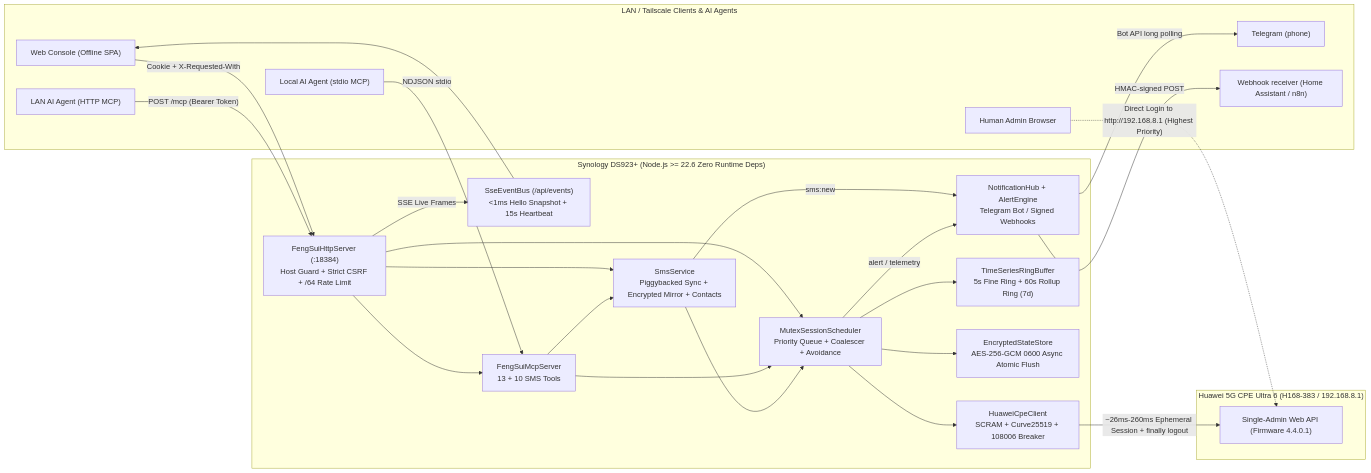
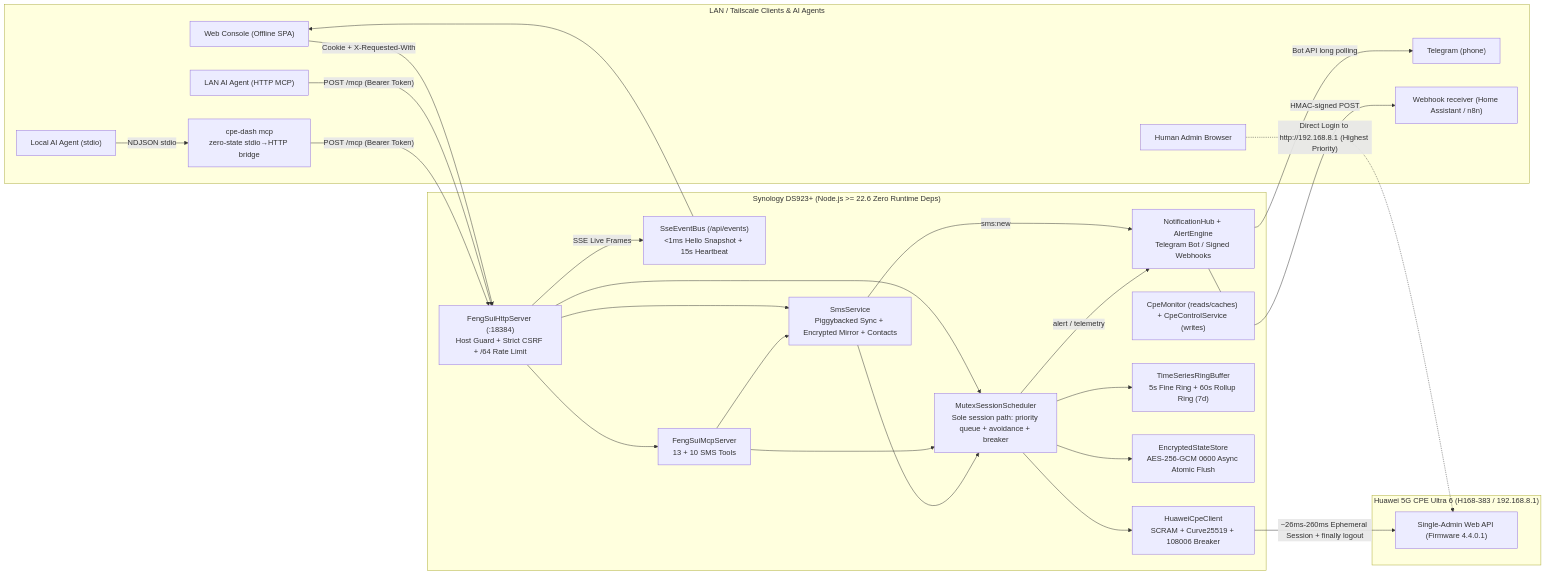
Before and after one commit to cky008/cpe-dash: the first of 2 diagrams in README_EN.md, drawn with Mermaid. The commit also changed other lines of this file and 2 other files, not shown here.

First line of the commit message:
docs(readme): document the stdio bridge, MCP_DAEMON_URL and TZ

````diff
--- a/README_EN.md
+++ b/README_EN.md
@@ -66,48 +66,51 @@
 ```mermaid
 flowchart LR
   subgraph Clients["LAN / Tailscale Clients & AI Agents"]
     Browser["Web Console (Offline SPA)"]
     AgentHttp["LAN AI Agent (HTTP MCP)"]
-    AgentStdio["Local AI Agent (stdio MCP)"]
+    AgentStdio["Local AI Agent (stdio)"]
+    Bridge["cpe-dash mcp\nzero-state stdio→HTTP bridge"]
     HumanWeb["Human Admin Browser"]
     TgUser["Telegram (phone)"]
     Hook["Webhook receiver (Home Assistant / n8n)"]
   end
 
   subgraph NAS["Synology DS923+ (Node.js >= 22.6 Zero Runtime Deps)"]
     HttpSrv["FengSuiHttpServer (:18384)\nHost Guard + Strict CSRF + /64 Rate Limit"]
     SseBus["SseEventBus (/api/events)\n<1ms Hello Snapshot + 15s Heartbeat"]
     McpSrv["FengSuiMcpServer\n13 + 10 SMS Tools"]
     Sms["SmsService\nPiggybacked Sync + Encrypted Mirror + Contacts"]
     Notify["NotificationHub + AlertEngine\nTelegram Bot / Signed Webhooks"]
-    Sched["MutexSessionScheduler\nPriority Queue + Coalescer + Avoidance"]
+    Core["CpeMonitor (reads/caches) + CpeControlService (writes)"]
+    Sched["MutexSessionScheduler\nSole session path: priority queue + avoidance + breaker"]
     Ring["TimeSeriesRingBuffer\n5s Fine Ring + 60s Rollup Ring (7d)"]
     Store["EncryptedStateStore\nAES-256-GCM 0600 Async Atomic Flush"]
     Client["HuaweiCpeClient\nSCRAM + Curve25519 + 108006 Breaker"]
   end
 
   subgraph Router["Huawei 5G CPE Ultra 6 (H168-383 / 192.168.8.1)"]
     CpeApi["Single-Admin Web API (Firmware 4.4.0.1)"]
   end
 
   Browser -- "Cookie + X-Requested-With" --> HttpSrv
   HttpSrv -- "SSE Live Frames" --> SseBus
   SseBus --> Browser
   AgentHttp -- "POST /mcp (Bearer Token)" --> HttpSrv
   HttpSrv --> McpSrv
-  AgentStdio -- "NDJSON stdio" --> McpSrv
+  AgentStdio -- "NDJSON stdio" --> Bridge
+  Bridge -- "POST /mcp (Bearer Token)" --> HttpSrv
   HttpSrv --> Sched
   McpSrv --> Sched
   HttpSrv --> Sms
   McpSrv --> Sms
   Sms --> Sched
   Sms -- "sms:new" --> Notify
   Sched -- "alert / telemetry" --> Notify
   Notify -- "Bot API long polling" --> TgUser
   Notify -- "HMAC-signed POST" --> Hook
   Sched --> Ring
   Sched --> Store
   Sched --> Client
   Client -- "~26ms-260ms Ephemeral Session + finally logout" --> CpeApi
   HumanWeb -. "Direct Login to http://192.168.8.1 (Highest Priority)" .-> CpeApi
 ```
````
